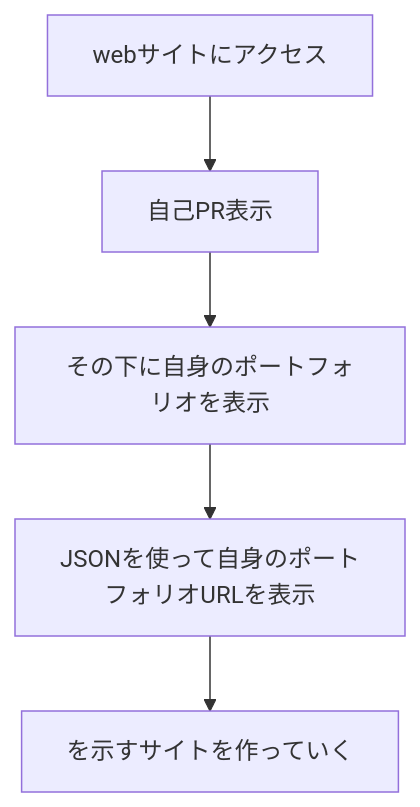
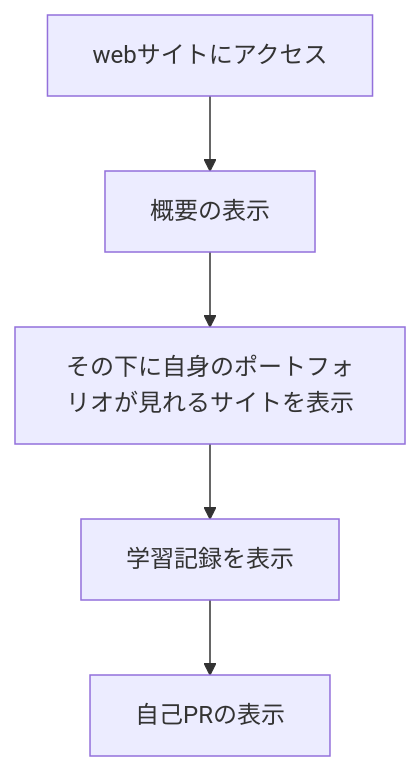
One commit to Kanatanagano/resume-website changed the diagram in README.md. Above: the diagram before and after it, drawn with Mermaid.

````diff
--- a/README.md
+++ b/README.md
@@ -11,8 +11,8 @@
 ```mermaid
 graph TD
-    A[webサイトにアクセス] --> B[自己PR表示]
-    B --> C[その下に自身のポートフォリオを表示]
-    C --> D[JSONを使って自身のポートフォリオURLを表示]
-    D --> E[を示すサイトを作っていく]
+    A[webサイトにアクセス] --> B[概要の表示]
+    B --> C[その下に自身のポートフォリオが見れるサイトを表示]
+    C --> D[学習記録を表示]
+    D --> E[自己PRの表示]
 
 ```
````
